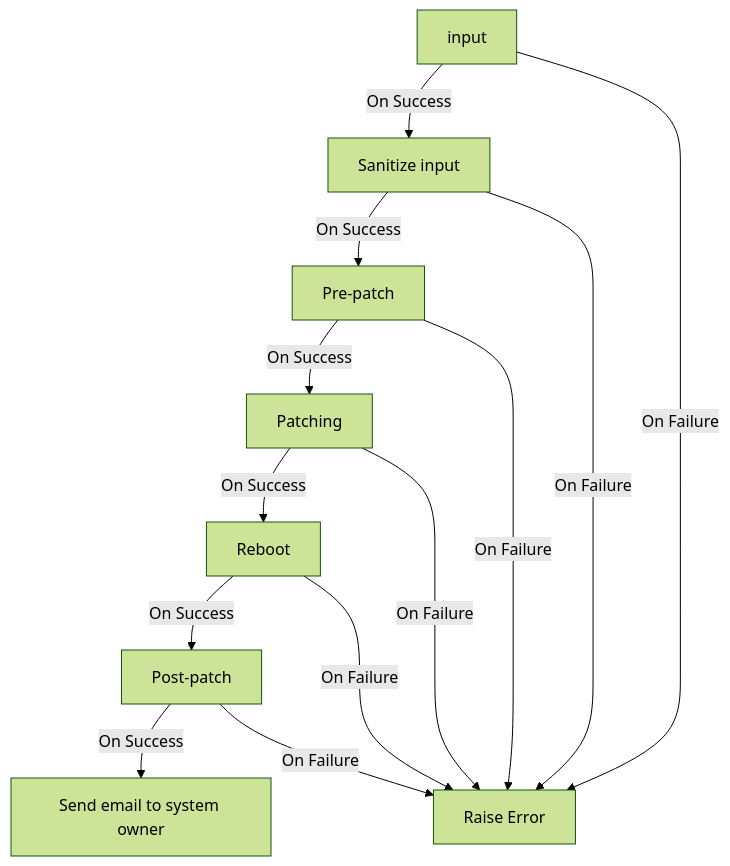
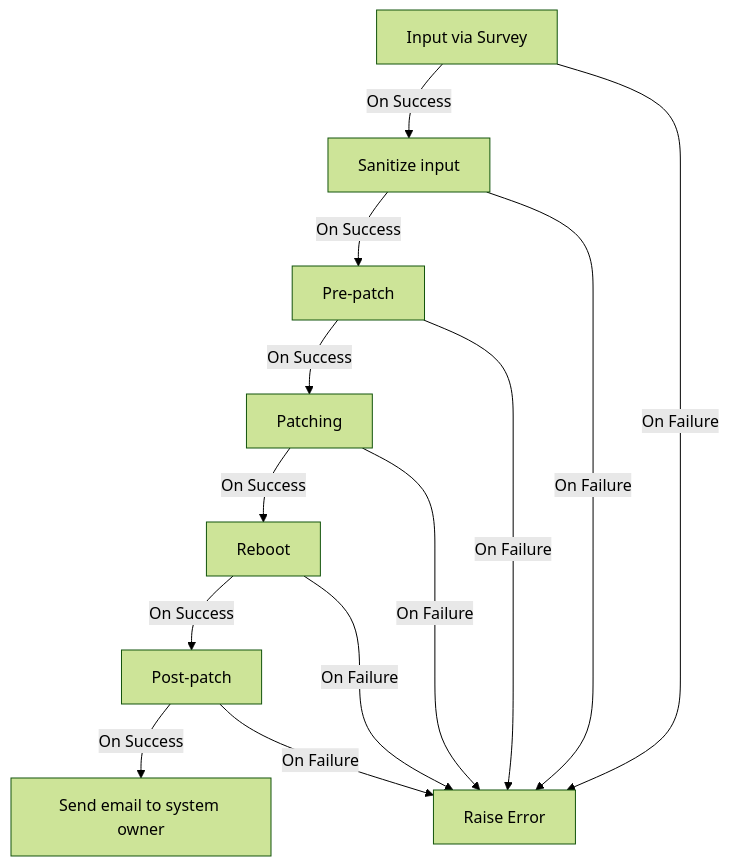
One commit to jgoos/aap-automation changed the diagram in WORKFLOWS.md. Above: the diagram before and after it, drawn with Mermaid (forest theme). The commit also changed other lines of this file and 1 other file, not shown here.

````diff
--- a/WORKFLOWS.md
+++ b/WORKFLOWS.md
@@ -36,16 +71,16 @@
 ```mermaid
 graph TB
-    input -->|On Success| sanitize["Sanitize input"]
+    input["Input via Survey"] -->|On Success| sanitize["Sanitize input"]
     sanitize["Sanitize input"] -->|On Success| pre-patch["Pre-patch"]
     pre-patch["Pre-patch"] -->|On Success| patching["Patching"]
     patching["Patching"] -->|On Success| reboot["Reboot"]
     reboot["Reboot"] -->|On Success| post-patch["Post-patch"]
     post-patch["Post-patch"] -->|On Success| send-email["Send email to system owner"]
 
     input -->|On Failure| error["Raise Error"]
     sanitize -->|On Failure| error
     pre-patch -->|On Failure| error
     patching -->|On Failure| error
     reboot -->|On Failure| error
     post-patch -->|On Failure| error
 ```
````
